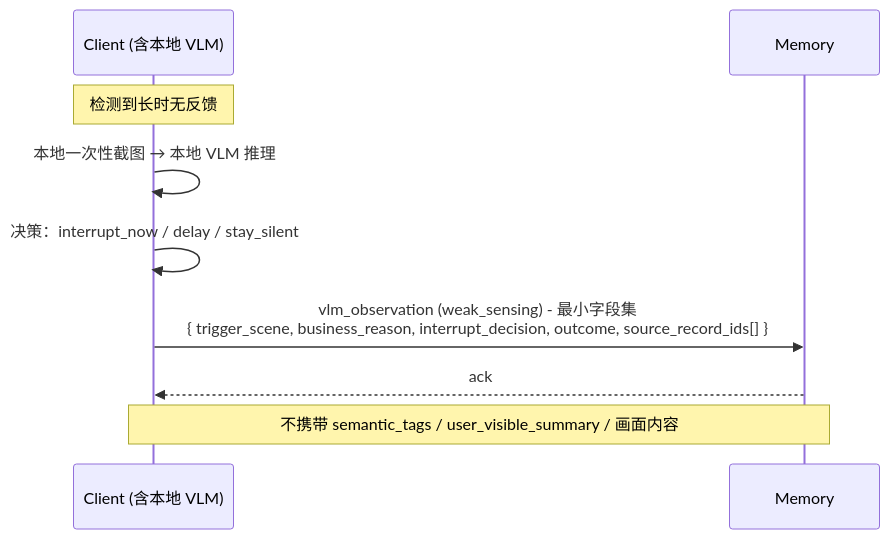
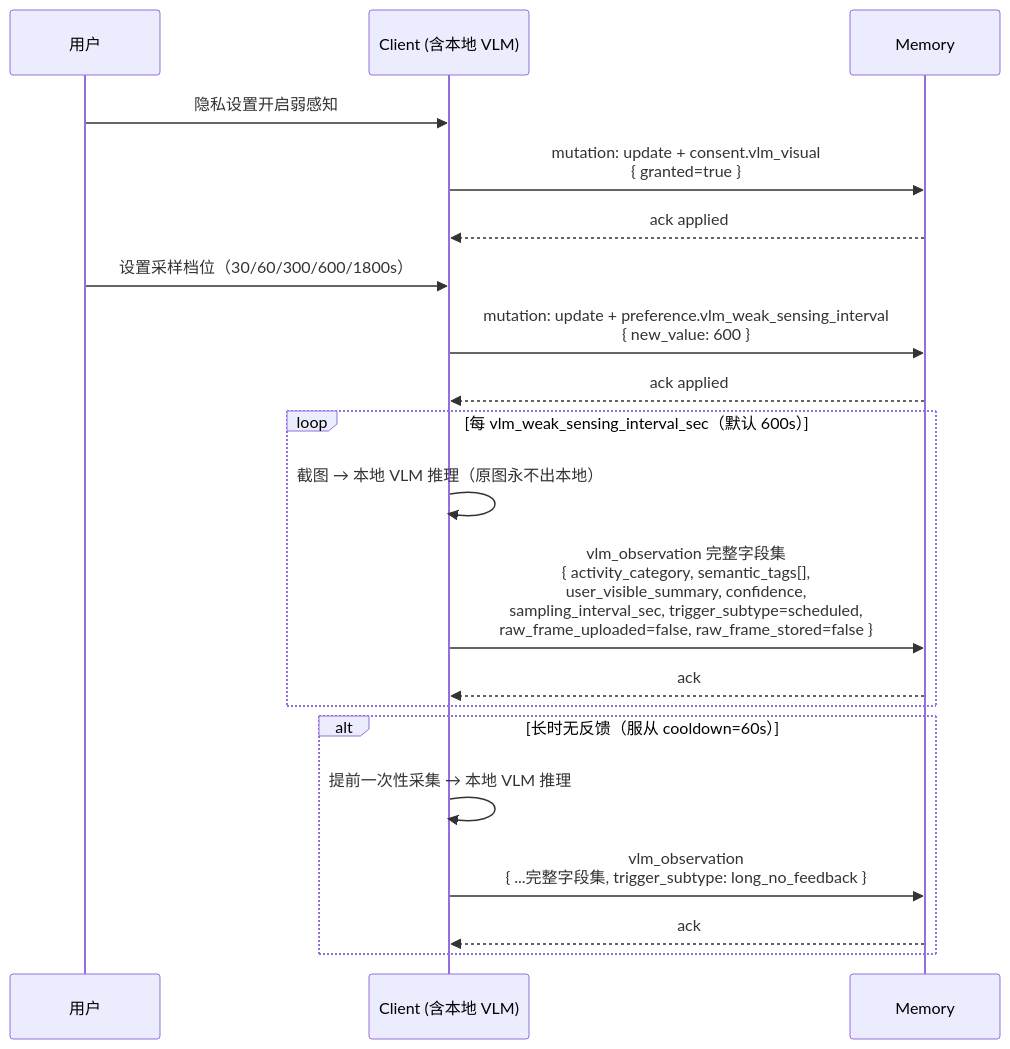
Before and after one commit to uu-yaya/ai-product-builder: diagram 16 of 17 in projects/desktop-pet/01-pm/branches/memory-dataset/DATA_FLOW_REQUIREMENT_SPECIFICATION.md, drawn with Mermaid. The commit also changed other lines of this file and 1 other file, not shown here.

````diff
--- a/projects/desktop-pet/01-pm/branches/memory-dataset/DATA_FLOW_REQUIREMENT_SPECIFICATION.md
+++ b/projects/desktop-pet/01-pm/branches/memory-dataset/DATA_FLOW_REQUIREMENT_SPECIFICATION.md
@@ -1020,11 +1546,22 @@
 ```mermaid
 sequenceDiagram
+    participant U as 用户
     participant C as Client (含本地 VLM)
     participant M as Memory
-    Note over C: 检测到长时无反馈
-    C->>C: 本地一次性截图 → 本地 VLM 推理
-    C->>C: 决策：interrupt_now / delay / stay_silent
-    C->>M: vlm_observation (weak_sensing) - 最小字段集<br/>{ trigger_scene, business_reason, interrupt_decision, outcome, source_record_ids[] }
-    M-->>C: ack
-    Note over C,M: 不携带 semantic_tags / user_visible_summary / 画面内容
+    U->>C: 隐私设置开启弱感知
+    C->>M: mutation: update + consent.vlm_visual<br/>{ granted=true }
+    M-->>C: ack applied
+    U->>C: 设置采样档位（30/60/300/600/1800s）
+    C->>M: mutation: update + preference.vlm_weak_sensing_interval<br/>{ new_value: 600 }
+    M-->>C: ack applied
+    loop 每 vlm_weak_sensing_interval_sec（默认 600s）
+        C->>C: 截图 → 本地 VLM 推理（原图永不出本地）
+        C->>M: vlm_observation 完整字段集<br/>{ activity_category, semantic_tags[],<br/>  user_visible_summary, confidence,<br/>  sampling_interval_sec, trigger_subtype=scheduled,<br/>  raw_frame_uploaded=false, raw_frame_stored=false }
+        M-->>C: ack
+    end
+    alt 长时无反馈（服从 cooldown=60s）
+        C->>C: 提前一次性采集 → 本地 VLM 推理
+        C->>M: vlm_observation<br/>{ ...完整字段集, trigger_subtype: long_no_feedback }
+        M-->>C: ack
+    end
 ```
````
